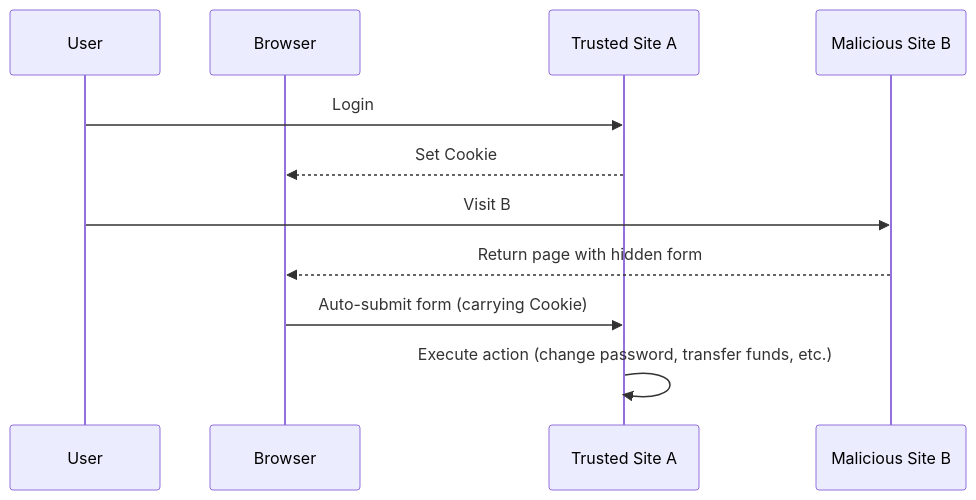
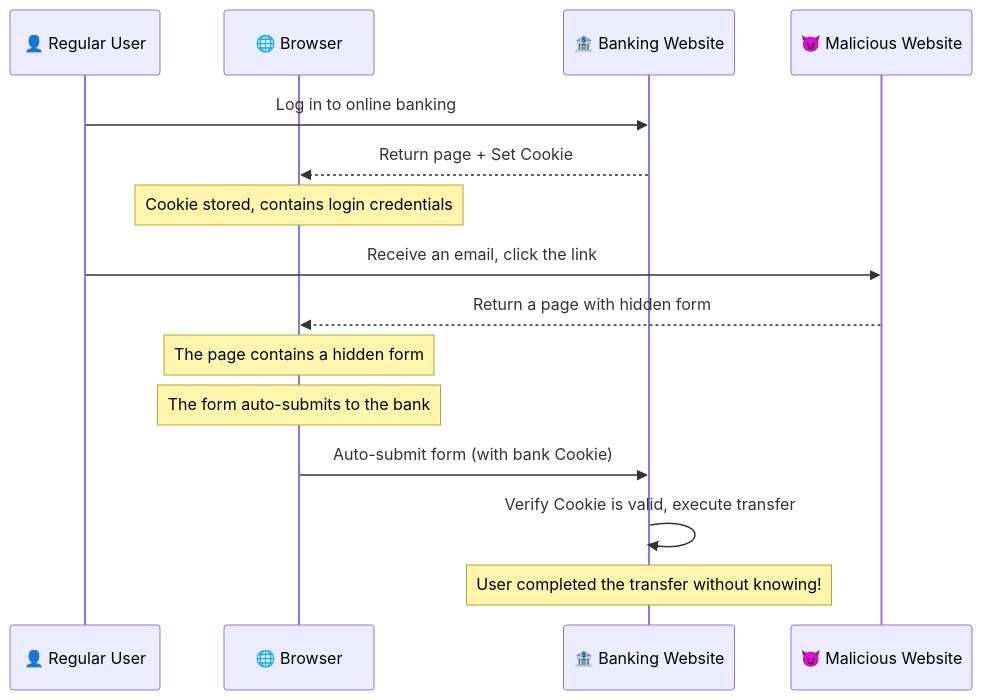
The first of 14 diagrams in articles/en/nodejs-security-guide.mdx (zhangshichuan/maxzhang.site), drawn with Mermaid before and after one commit. The commit also changed other lines of this file and 1 other file, not shown here.

````diff
--- a/articles/en/nodejs-security-guide.mdx
+++ b/articles/en/nodejs-security-guide.mdx
@@ -23,14 +48,20 @@
 ```mermaid
 sequenceDiagram
-    participant User
-    participant Browser
-    participant TrustedSite as Trusted Site A
-    participant MaliciousSite as Malicious Site B
+    participant User as 👤 Regular User
+    participant Browser as 🌐 Browser
+    participant Bank as 🏦 Banking Website
+    participant Evil as 😈 Malicious Website
 
-    User->>TrustedSite: Login
-    TrustedSite-->>Browser: Set Cookie
-    User->>MaliciousSite: Visit B
-    MaliciousSite-->>Browser: Return page with hidden form
-    Browser->>TrustedSite: Auto-submit form (carrying Cookie)
-    TrustedSite->>TrustedSite: Execute action (change password, transfer funds, etc.)
+    User->>Bank: Log in to online banking
+    Bank-->>Browser: Return page + Set Cookie
+    Note over Browser: Cookie stored, contains login credentials
+
+    User->>Evil: Receive an email, click the link
+    Evil-->>Browser: Return a page with hidden form
+    Note over Browser: The page contains a hidden form
+    Note over Browser: The form auto-submits to the bank
+
+    Browser->>Bank: Auto-submit form (with bank Cookie)
+    Bank->>Bank: Verify Cookie is valid, execute transfer
+    Note over Bank: User completed the transfer without knowing!
 ```
````
